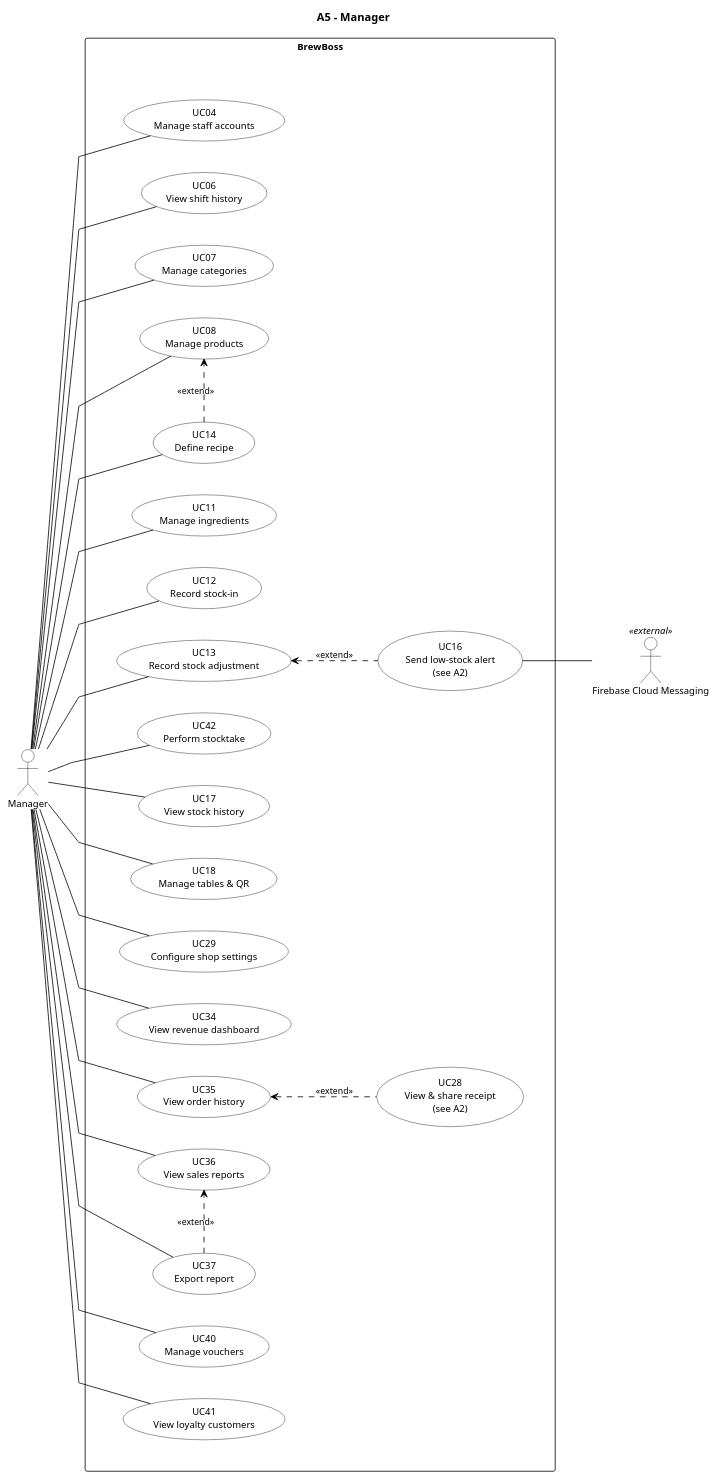
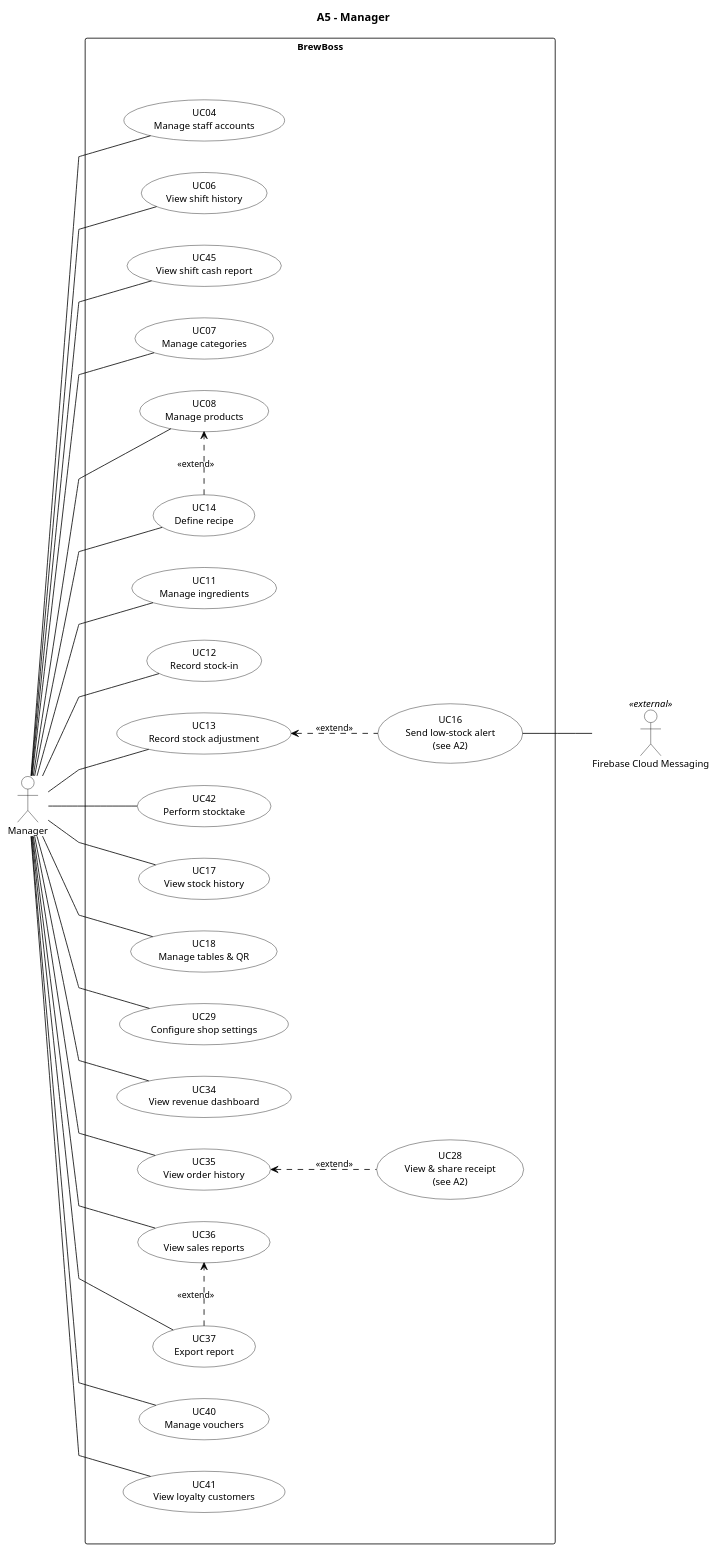
One commit to huytran303/CafeManagementSystem changed the diagram in docs/diagrams/A5_Manager.puml. Above: the diagram before and after it, drawn with PlantUML. The commit also changed 23 other files, not shown here.

```diff
--- a/docs/diagrams/A5_Manager.puml
+++ b/docs/diagrams/A5_Manager.puml
@@ -1,88 +1,90 @@
 @startuml BB_A5_Manager
 left to right direction
 skinparam linetype polyline
 skinparam nodesep 40
 skinparam ranksep 60
 skinparam backgroundColor White
 skinparam shadowing false
 skinparam defaultFontName Helvetica
 skinparam defaultFontSize 12
 skinparam ArrowColor Black
 skinparam ArrowFontSize 11
 skinparam actor {
   BackgroundColor White
   BorderColor Black
 }
 skinparam usecase {
   BackgroundColor White
   BorderColor Black
 }
 skinparam rectangle {
   BackgroundColor White
   BorderColor Black
 }
 skinparam package {
   BackgroundColor White
   BorderColor Black
 }
 ' inner frame: invisible, only adds padding inside the system boundary
 skinparam rectangle<<inner>> {
   BorderColor Transparent
   FontColor Transparent
 }
 hide <<inner>> stereotype
 
 title A5 - Manager
 actor "Manager" as MGR
 actor "Firebase Cloud Messaging" as FCM <<external>>
 
 rectangle "BrewBoss" {
   rectangle " " <<inner>> {
     usecase "UC04\nManage staff accounts" as UC04
     usecase "UC06\nView shift history" as UC06
+    usecase "UC45\nView shift cash report" as UC45
     usecase "UC07\nManage categories" as UC07
     usecase "UC08\nManage products" as UC08
     usecase "UC14\nDefine recipe" as UC14
     usecase "UC11\nManage ingredients" as UC11
     usecase "UC12\nRecord stock-in" as UC12
     usecase "UC13\nRecord stock adjustment" as UC13
     usecase "UC42\nPerform stocktake" as UC42
     usecase "UC17\nView stock history" as UC17
     usecase "UC18\nManage tables & QR" as UC18
     usecase "UC29\nConfigure shop settings" as UC29
     usecase "UC34\nView revenue dashboard" as UC34
     usecase "UC35\nView order history" as UC35
     usecase "UC36\nView sales reports" as UC36
     usecase "UC37\nExport report" as UC37
     usecase "UC40\nManage vouchers" as UC40
     usecase "UC41\nView loyalty customers" as UC41
     usecase "UC16\nSend low-stock alert\n(see A2)" as UC16
     usecase "UC28\nView & share receipt\n(see A2)" as UC28
   }
 }
 
 MGR -- UC04
 MGR -- UC06
+MGR -- UC45
 MGR -- UC07
 MGR -- UC08
 MGR -- UC14
 MGR -- UC11
 MGR -- UC12
 MGR -- UC13
 MGR -- UC42
 MGR -- UC17
 MGR -- UC18
 MGR -- UC29
 MGR -- UC34
 MGR -- UC35
 MGR -- UC36
 MGR -- UC37
 MGR -- UC40
 MGR -- UC41
 
 UC14 .[norank].> UC08 : <<extend>>
 UC37 .[norank].> UC36 : <<extend>>
 UC13 <.. UC16 : <<extend>>
 UC35 <.. UC28 : <<extend>>
 UC16 -- FCM
 @enduml
```
